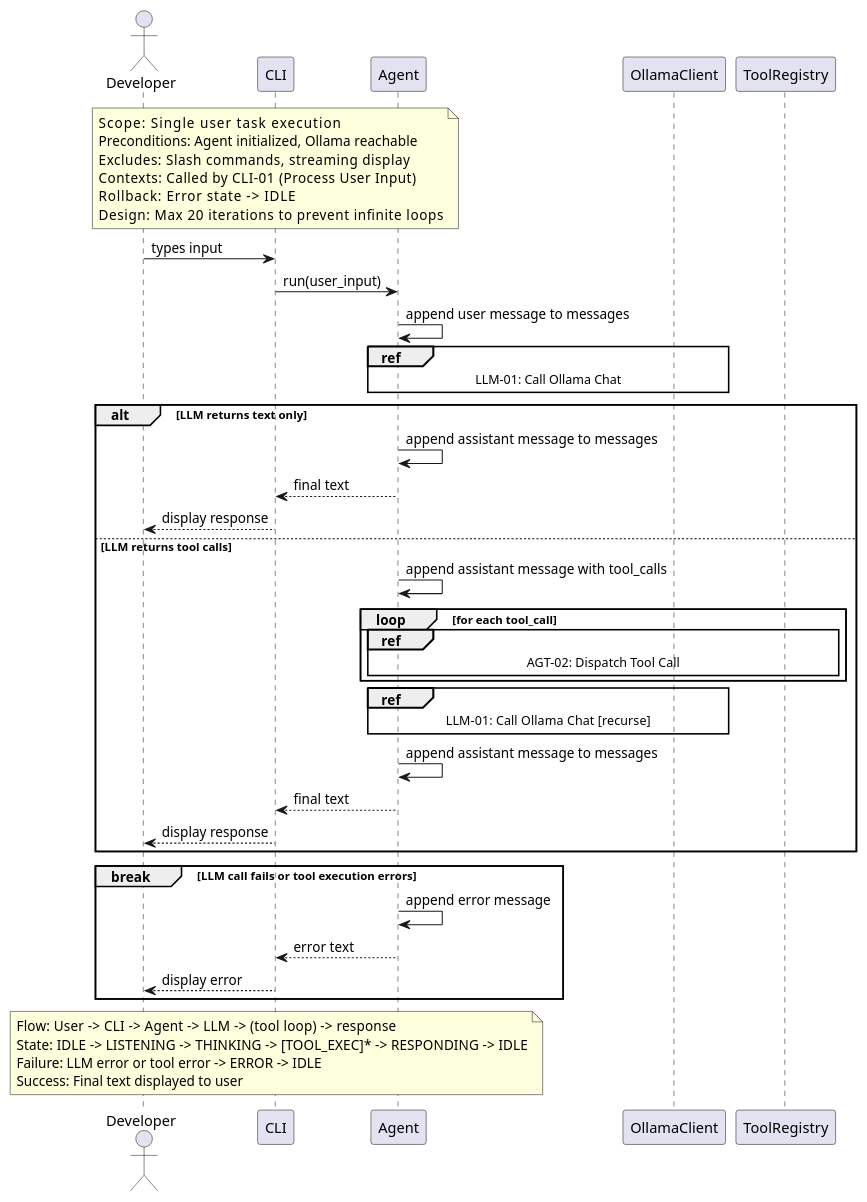
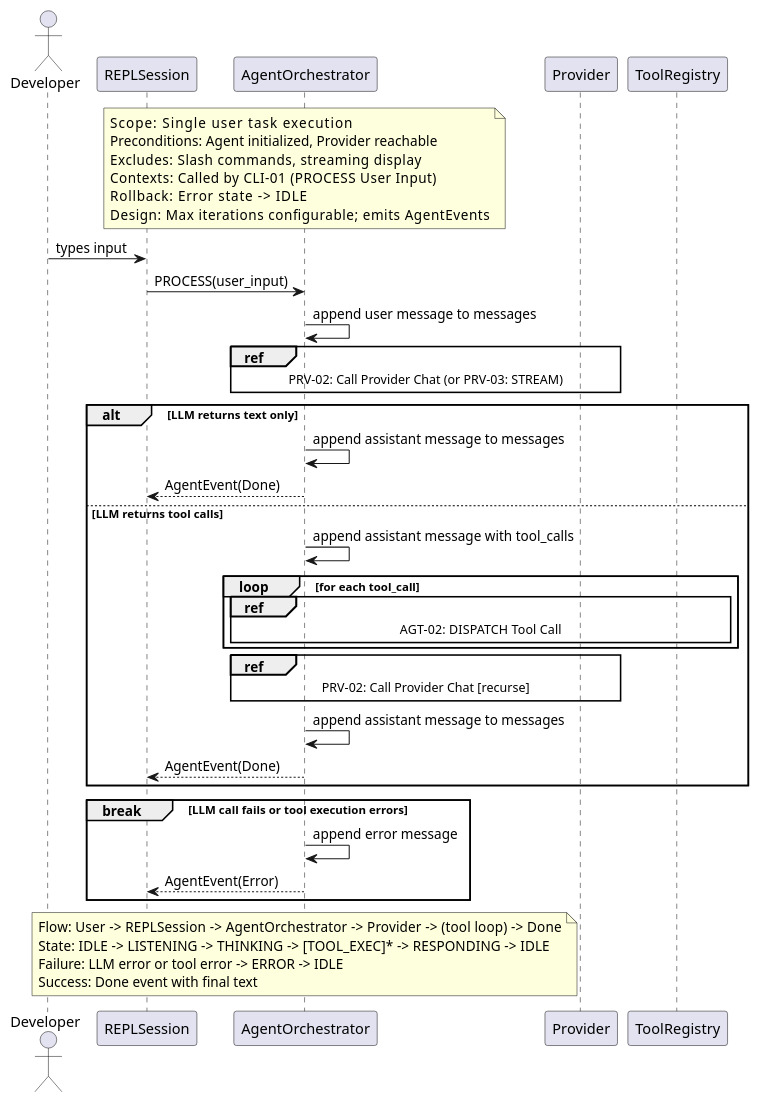
Before and after one commit to salimnamvar/nasim: the diagram in docs/sq/AGT/sq_agt01_execute_user_task.puml, drawn with PlantUML. The commit also changed 72 other files, not shown here.

```diff
--- a/docs/sq/AGT/sq_agt01_execute_user_task.puml
+++ b/docs/sq/AGT/sq_agt01_execute_user_task.puml
@@ -1,77 +1,73 @@
 @startuml sq_agt01_execute_user_task
 ' ============================================================
-' Title:     AGT-01 — Process User Task
+' Title:     AGT-01 — PROCESS User Task
 ' Boundary:  nasim code agent CLI
 ' Purpose:   Core agentic loop: LLM call -> tool dispatch -> repeat
-' Milestone: v0.1
-' Version:   1.0.0
-' Source:    —
-' Review:    docs/audit/audit_2026-06-20_design-chain.md
+' Milestone: v1.0
+' Version:   2.0.0
+' Source:    docs/audit/audit_2026-06-20_capability-and-architecture.md
+' Review:    —
 ' ============================================================
 
 actor "Developer" as user
-participant "CLI" as cli
-participant "Agent" as agent
-participant "OllamaClient" as llm
+participant "REPLSession" as repl
+participant "AgentOrchestrator" as agent
+participant "Provider" as provider
 participant "ToolRegistry" as tool
 
-box "CLI (cli.py)" #E8F5E9
+box "CLI Layer" #E8F5E9
 end box
-box "Agent Core (agent.py)" #E3F2FD
+box "Agent Layer" #E3F2FD
 end box
-box "LLM (llm.py)" #FFF3E0
+box "Provider Layer" #FFF3E0
 end box
-box "Tools (tools.py)" #F3E5F5
+box "Tool Layer" #F3E5F5
 end box
 
-note over cli
+note over agent
   Scope:          Single user task execution
-  Preconditions:  Agent initialized, Ollama reachable
+  Preconditions:  Agent initialized, Provider reachable
   Excludes:       Slash commands, streaming display
-  Contexts:       Called by CLI-01 (Process User Input)
+  Contexts:       Called by CLI-01 (PROCESS User Input)
   Rollback:       Error state -> IDLE
-  Design:         Max 20 iterations to prevent infinite loops
+  Design:         Max iterations configurable; emits AgentEvents
 end note
 
-user -> cli : types input
-cli -> agent : run(user_input)
+user -> repl : types input
+repl -> agent : PROCESS(user_input)
 
 agent -> agent : append user message to messages
-
-ref over agent, llm
-  LLM-01: Call Ollama Chat
+ref over agent, provider
+  PRV-02: Call Provider Chat (or PRV-03: STREAM)
 end ref
 
 alt LLM returns text only
     agent -> agent : append assistant message to messages
-    agent --> cli : final text
-    cli --> user : display response
+    agent --> repl : AgentEvent(Done)
 else LLM returns tool calls
     agent -> agent : append assistant message with tool_calls
     loop for each tool_call
         ref over agent, tool
-          AGT-02: Dispatch Tool Call
+          AGT-02: DISPATCH Tool Call
         end ref
     end
-    ref over agent, llm
-      LLM-01: Call Ollama Chat  [recurse]
+    ref over agent, provider
+      PRV-02: Call Provider Chat [recurse]
     end ref
     agent -> agent : append assistant message to messages
-    agent --> cli : final text
-    cli --> user : display response
+    agent --> repl : AgentEvent(Done)
 end
 
 break LLM call fails or tool execution errors
     agent -> agent : append error message
-    agent --> cli : error text
-    cli --> user : display error
+    agent --> repl : AgentEvent(Error)
 end
 
-note over cli
-  Flow:    User -> CLI -> Agent -> LLM -> (tool loop) -> response
+note over agent
+  Flow:    User -> REPLSession -> AgentOrchestrator -> Provider -> (tool loop) -> Done
   State:   IDLE -> LISTENING -> THINKING -> [TOOL_EXEC]* -> RESPONDING -> IDLE
   Failure: LLM error or tool error -> ERROR -> IDLE
-  Success: Final text displayed to user
+  Success: Done event with final text
 end note
 
 @enduml
```
